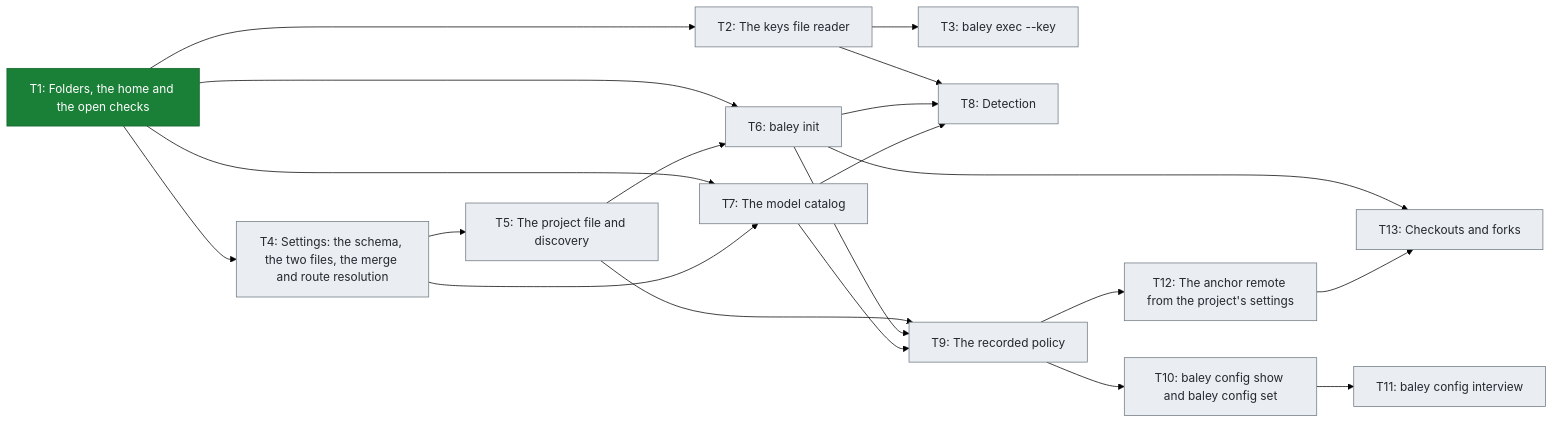
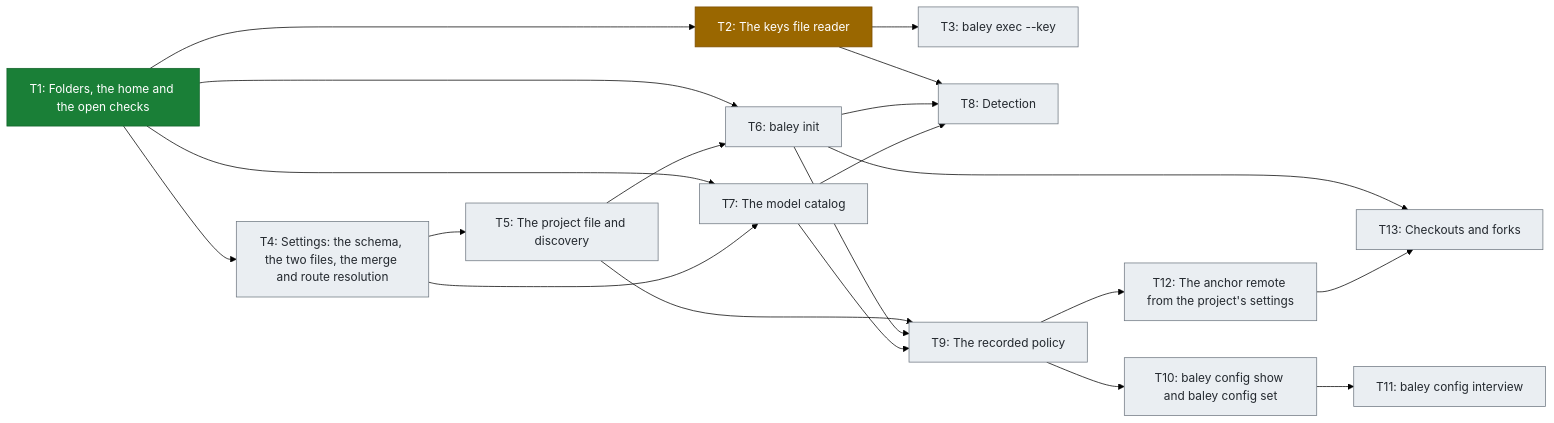
One commit to crenshawdev/baley changed the third of 3 diagrams in docs/roadmap.md. Above: the diagram before and after it, drawn with Mermaid (forest theme). The commit also changed other lines of this file and 1 other file, not shown here.

````diff
--- a/docs/roadmap.md
+++ b/docs/roadmap.md
@@ -100,41 +100,43 @@
 ```mermaid
 flowchart LR
     T1["T1: Folders, the home and the open checks"]
     T2["T2: The keys file reader"]
     T3["T3: baley exec --key"]
     T4["T4: Settings: the schema, the two files, the merge and route resolution"]
     T5["T5: The project file and discovery"]
     T6["T6: baley init"]
     T7["T7: The model catalog"]
     T8["T8: Detection"]
     T9["T9: The recorded policy"]
     T10["T10: baley config show and baley config set"]
     T11["T11: baley config interview"]
     T12["T12: The anchor remote from the project's settings"]
     T13["T13: Checkouts and forks"]
 
     T1 --> T2
     T1 --> T4
     T1 --> T6
     T1 --> T7
     T2 --> T3
     T2 --> T8
     T4 --> T5
     T4 --> T7
     T5 --> T6
     T5 --> T9
     T6 --> T8
     T6 --> T9
     T6 --> T13
     T7 --> T8
     T7 --> T9
     T9 --> T10
     T9 --> T12
     T10 --> T11
     T12 --> T13
 
     classDef done fill:#1a7f37,stroke:#116329,color:#ffffff
     classDef planned fill:#eaeef2,stroke:#6e7781,color:#24292f
+    classDef progress fill:#9a6700,stroke:#7d4e00,color:#ffffff
     class T1 done
-    class T2,T3,T4,T5,T6,T7,T8,T9,T10,T11,T12,T13 planned
+    class T2 progress
+    class T3,T4,T5,T6,T7,T8,T9,T10,T11,T12,T13 planned
 ```
````
